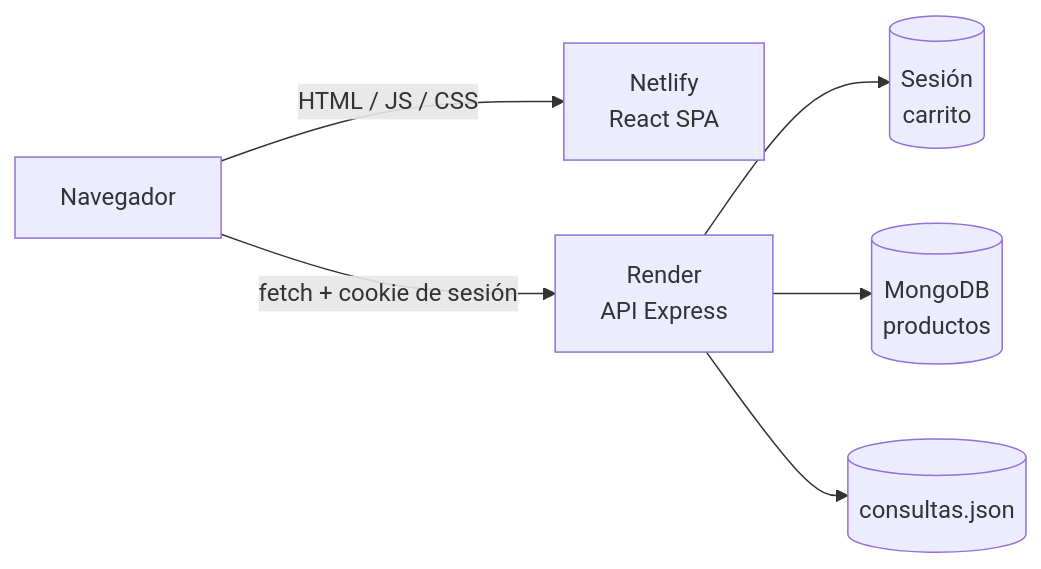
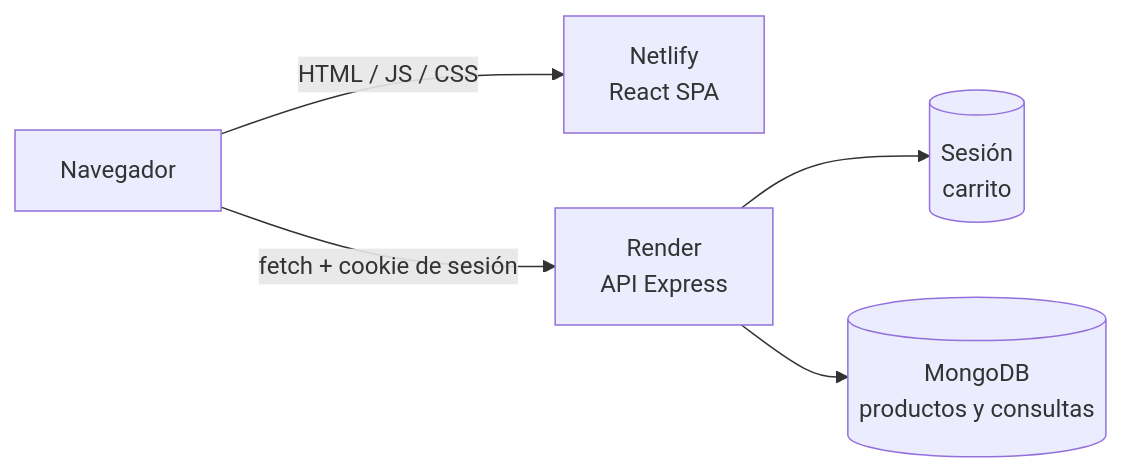
One commit to B3RZVS/MuebleriaHnosJota_FullStack changed the diagram in README.md. Above: the diagram before and after it, drawn with Mermaid. The commit also changed other lines of this file and 2 other files, not shown here.

Commit message:
persistidas las consultas en la bd

````diff
--- a/README.md
+++ b/README.md
@@ -197,8 +197,7 @@
 ```mermaid
 flowchart LR
     U[Navegador] -->|HTML / JS / CSS| N[Netlify<br/>React SPA]
     U -->|fetch + cookie de sesión| R[Render<br/>API Express]
     R --> S[(Sesión<br/>carrito)]
-    R --> P[(MongoDB<br/>productos)]
-    R --> C[(consultas.json)]
+    R --> P[(MongoDB<br/>productos y consultas)]
 ```
````
